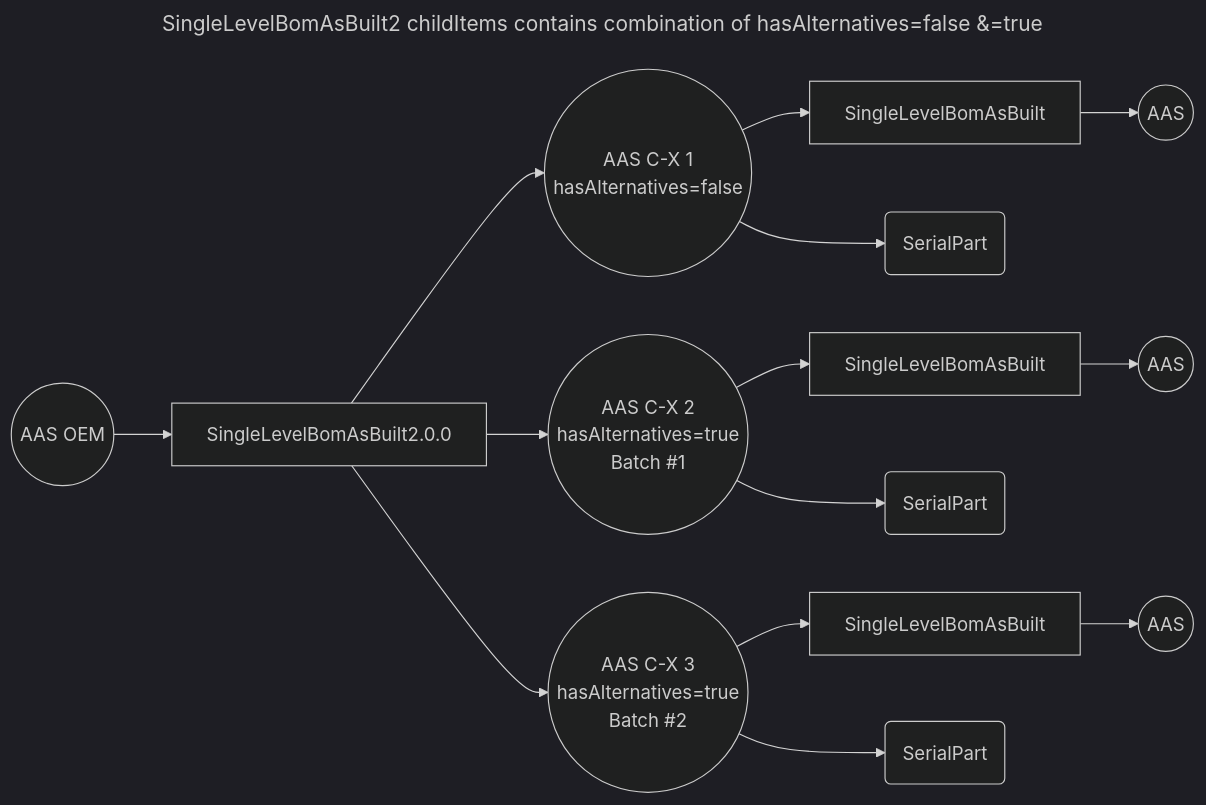
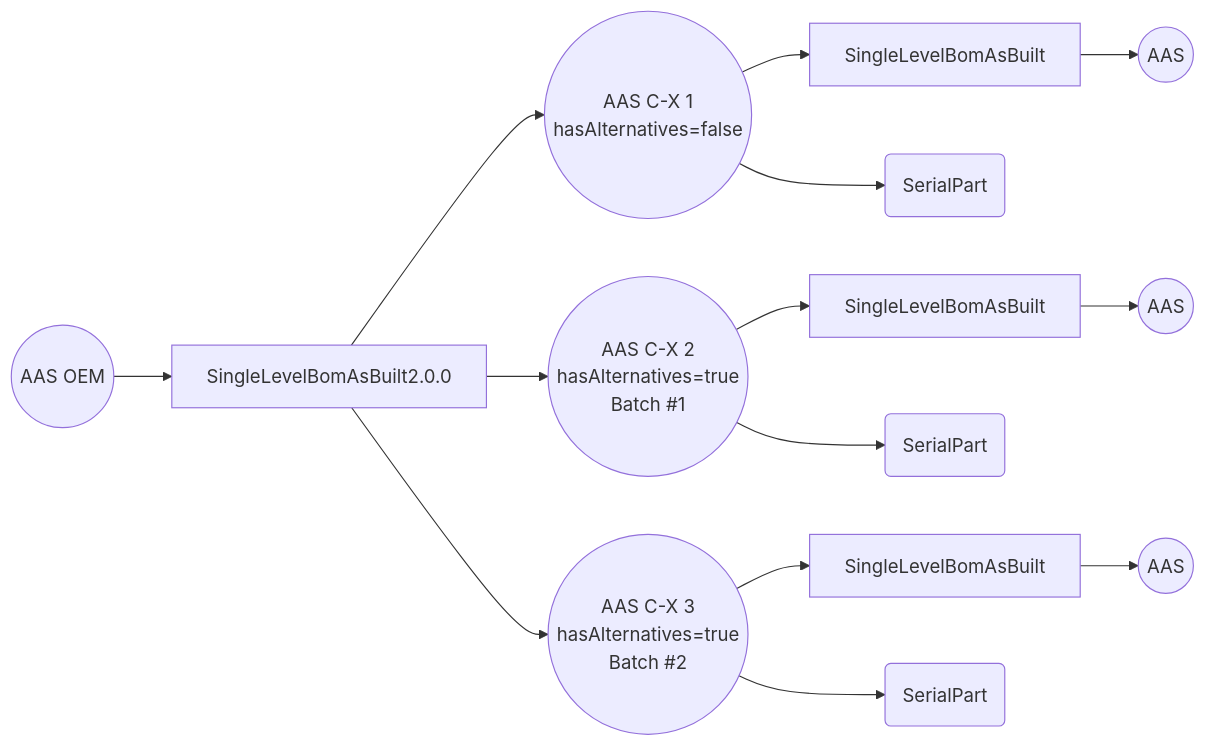
Before and after one commit to catenax-ng/tx-item-relationship-service: the third of 3 diagrams in docs/concept/#212-Update-of-aspect-model-SingleLevelBomAsBuilt-2_0_0/#212-Update-SingleLevelBomAsBuilt-2-0-0.md, drawn with Mermaid. The commit also changed other lines of this file, not shown here.

Commit message:
docs(concept): Remove init mermaid from diagrams, formatting adjustments

`````diff
--- a/docs/concept/#212-Update-of-aspect-model-SingleLevelBomAsBuilt-2_0_0/#212-Update-SingleLevelBomAsBuilt-2-0-0.md
+++ b/docs/concept/#212-Update-of-aspect-model-SingleLevelBomAsBuilt-2_0_0/#212-Update-SingleLevelBomAsBuilt-2-0-0.md
@@ -183,32 +177,28 @@
 ````mermaid
----
-title:  SingleLevelBomAsBuilt2 childItems contains combination of hasAlternatives=false &=true  
----
-%%{init: { 'fontFamily': 'Architects daughter', 'theme': 'dark' , 'curve' : 'linear'} }%%
 flowchart LR
     s1((AAS C-X 1
         hasAlternatives=false))
     s2((AAS C-X 2
         hasAlternatives=true
         Batch #1))
     s3((AAS C-X 3
         hasAlternatives=true
         Batch #2))
     SingleLevelBomAsBuilt[SingleLevelBomAsBuilt2.0.0]
 
    aas((AAS OEM)) -->
    SingleLevelBomAsBuilt --> s1
    SingleLevelBomAsBuilt --> s2
    SingleLevelBomAsBuilt --> s3
    s1 --> SingleLevelBomAsBuilt3[SingleLevelBomAsBuilt]
    s2 --> SingleLevelBomAsBuilt4[SingleLevelBomAsBuilt]
    s3 --> SingleLevelBomAsBuilt5[SingleLevelBomAsBuilt]
    
    s1 --> SerialPart3(SerialPart)
    s2 --> SerialPart4(SerialPart)
    s3 --> SerialPart5(SerialPart)
    
    SingleLevelBomAsBuilt3 --> AAS5((AAS))
    SingleLevelBomAsBuilt4 --> AAS6((AAS))
    SingleLevelBomAsBuilt5 --> AAS7((AAS))
 ````
`````
